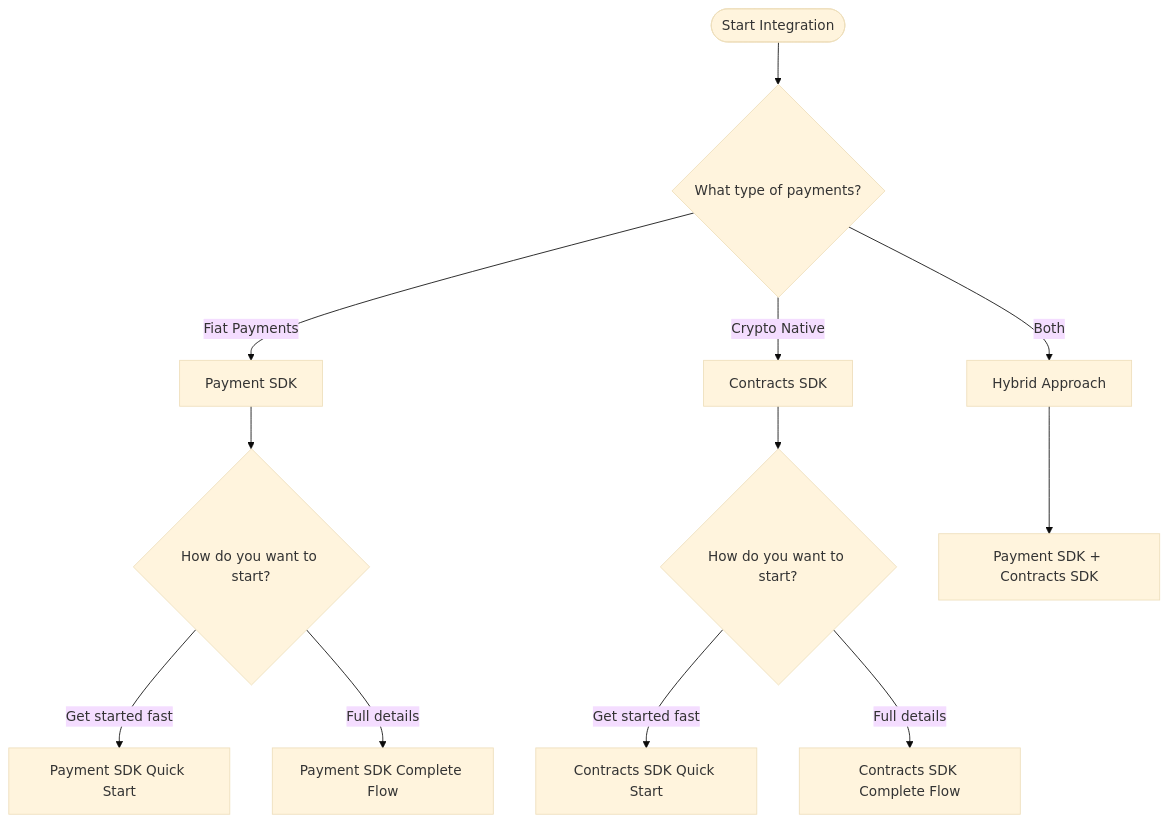
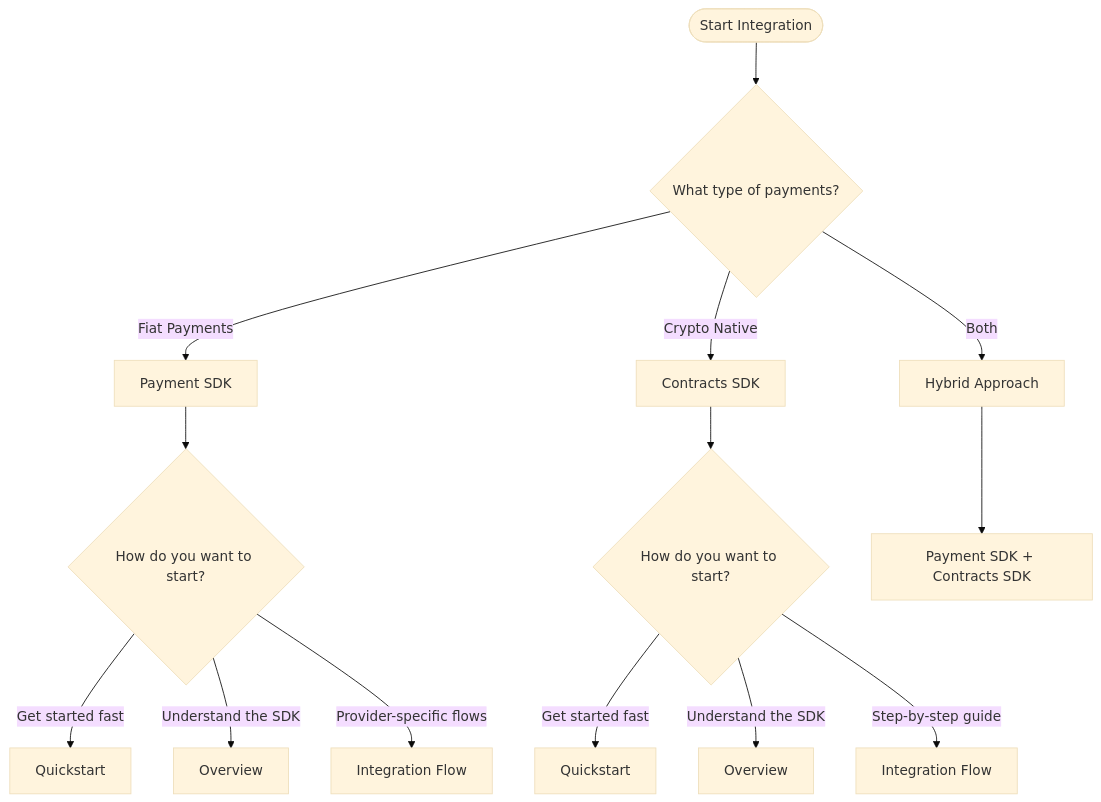
One commit to oak-network/docs changed the first of 2 diagrams in docs/guides/integration-overview.md. Above: the diagram before and after it, drawn with Mermaid (base theme). The commit also changed other lines of this file and 2 other files, not shown here.

````diff
--- a/docs/guides/integration-overview.md
+++ b/docs/guides/integration-overview.md
@@ -9,18 +9,20 @@
 ```mermaid
 flowchart TD
     Start([Start Integration]) --> Q1{What type of payments?}
     
     Q1 -->|Fiat Payments| SDK[Payment SDK]
     Q1 -->|Crypto Native| Contracts[Contracts SDK]
     Q1 -->|Both| Hybrid[Hybrid Approach]
     
     SDK --> SDKChoice{How do you want to start?}
-    SDKChoice -->|Get started fast| SDKQuick[Payment SDK Quick Start]
-    SDKChoice -->|Full details| SDKFull[Payment SDK Complete Flow]
+    SDKChoice -->|Get started fast| SDKQuick[Quickstart]
+    SDKChoice -->|Understand the SDK| SDKFull[Overview]
+    SDKChoice -->|Provider-specific flows| SDKFlow[Integration Flow]
     
     Contracts --> ContractChoice{How do you want to start?}
-    ContractChoice -->|Get started fast| ContractQuick[Contracts SDK Quick Start]
-    ContractChoice -->|Full details| ContractFull[Contracts SDK Complete Flow]
+    ContractChoice -->|Get started fast| ContractQuick[Quickstart]
+    ContractChoice -->|Understand the SDK| ContractFull[Overview]
+    ContractChoice -->|Step-by-step guide| ContractFlow[Integration Flow]
     
     Hybrid --> HybridFlow[Payment SDK + Contracts SDK]
 ```
````
